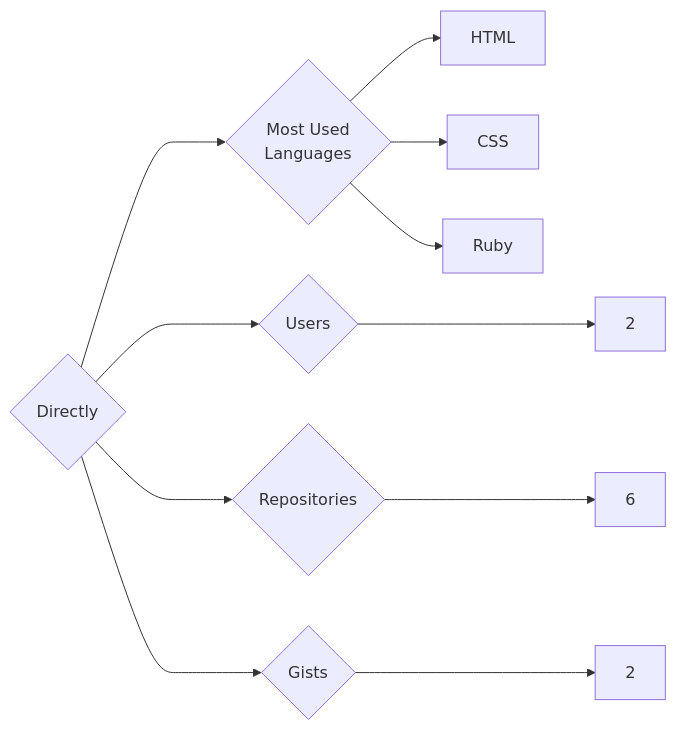
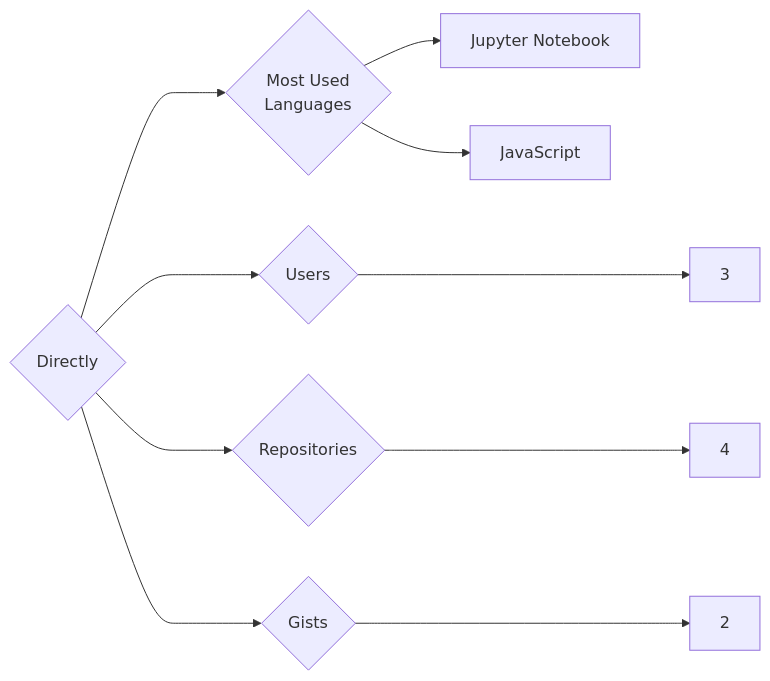
The diagram in targets/Directly/README.md (trickest/insiders), drawn with Mermaid before and after one commit. The commit also changed 559 other files, not shown here.

````diff
--- a/targets/Directly/README.md
+++ b/targets/Directly/README.md
@@ -3,11 +3,10 @@
 ```mermaid
 graph LR
 COMPANY_NAME{Directly}
-COMPANY_NAME ---> U{Users} ---> UN[2]
-COMPANY_NAME ---> R{Repositories} ---> RN[6]
+COMPANY_NAME ---> U{Users} ---> UN[3]
+COMPANY_NAME ---> R{Repositories} ---> RN[4]
 COMPANY_NAME ---> G{Gists} ---> GN[2]
 COMPANY_NAME ---> ML{Most Used<br>Languages}
-ML --> HTML[HTML]
-ML --> CSS[CSS]
-ML --> Ruby[Ruby]
+ML --> Jupyter_Notebook[Jupyter Notebook]
+ML --> JavaScript[JavaScript]
 ```
````
